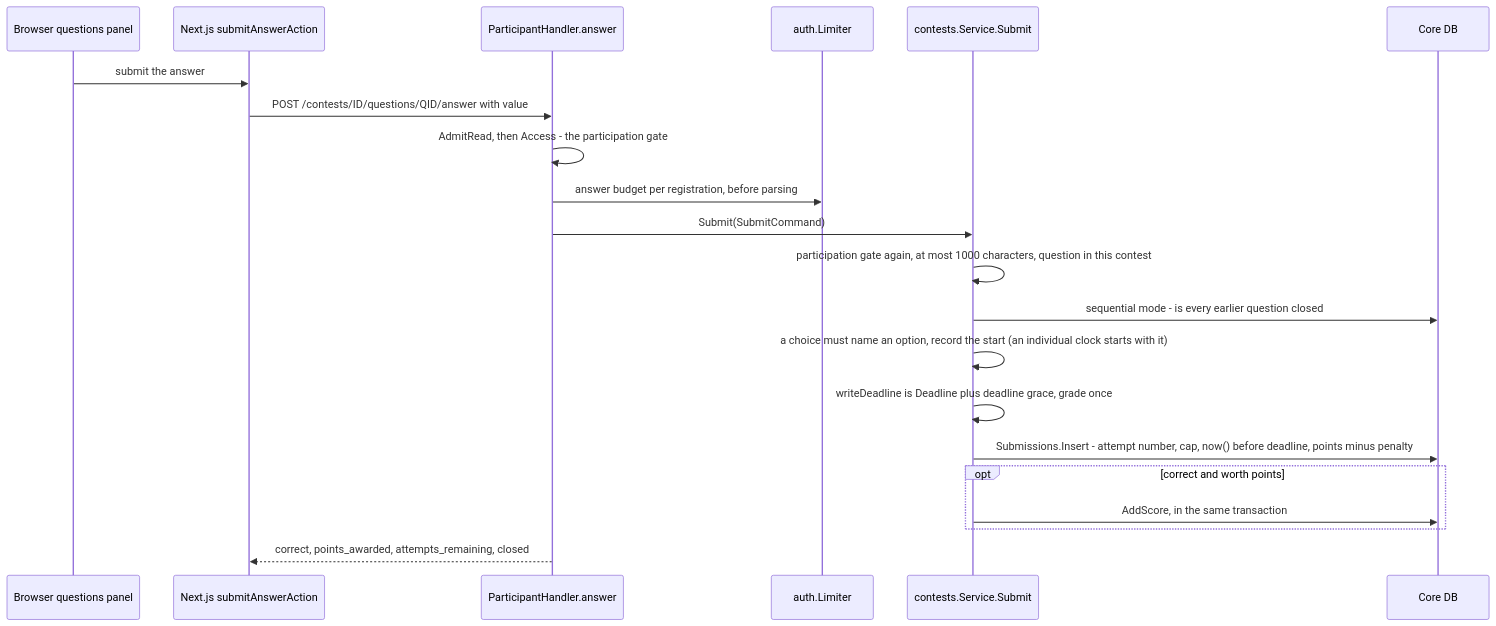
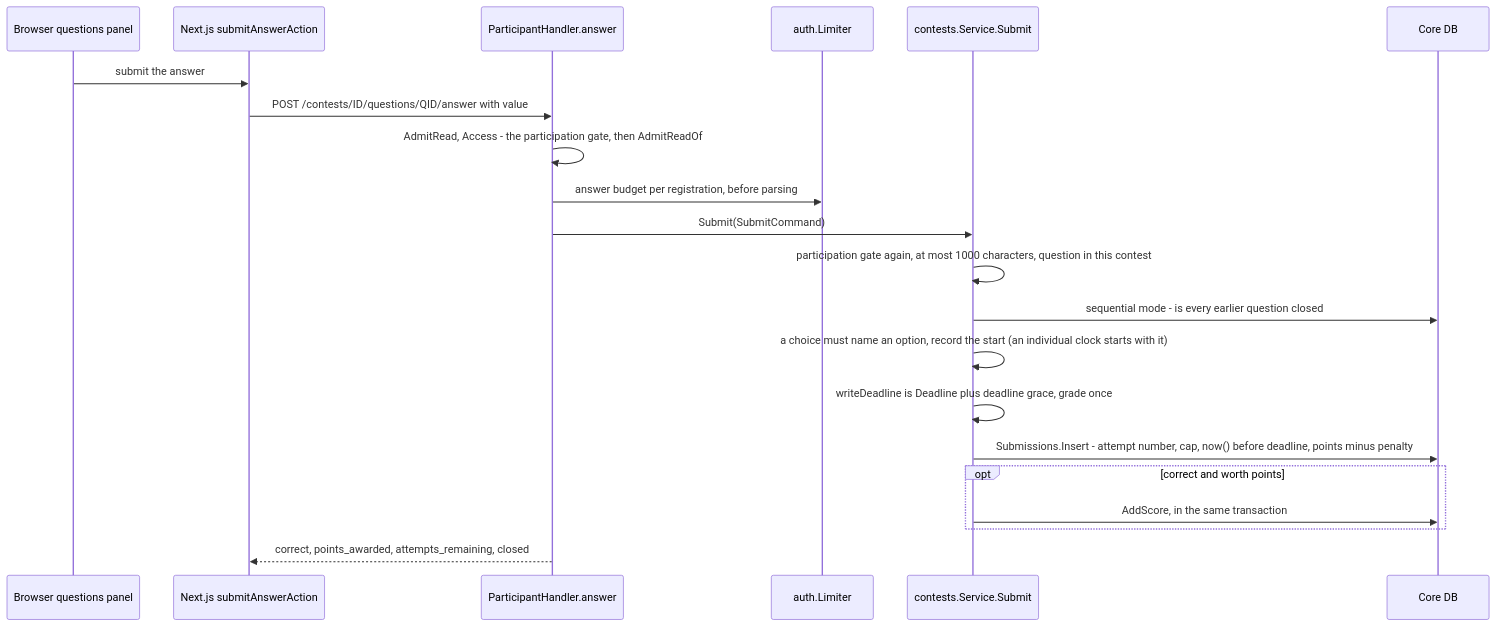
One commit to devrdn/olymp-db-platform changed diagram 11 of 14 in docs/guide/03-flows.md. Above: the diagram before and after it, drawn with Mermaid. The commit also changed other lines of this file and 42 other files, not shown here.

````diff
--- a/docs/guide/03-flows.md
+++ b/docs/guide/03-flows.md
@@ -709,24 +709,24 @@
 ```mermaid
 sequenceDiagram
     participant B as Browser questions panel
     participant W as Next.js submitAnswerAction
     participant H as ParticipantHandler.answer
     participant L as auth.Limiter
     participant S as contests.Service.Submit
     participant DB as Core DB
 
     B->>W: submit the answer
     W->>H: POST /contests/ID/questions/QID/answer with value
-    H->>H: AdmitRead, then Access - the participation gate
+    H->>H: AdmitRead, Access - the participation gate, then AdmitReadOf
     H->>L: answer budget per registration, before parsing
     H->>S: Submit(SubmitCommand)
     S->>S: participation gate again, at most 1000 characters, question in this contest
     S->>DB: sequential mode - is every earlier question closed
     S->>S: a choice must name an option, record the start (an individual clock starts with it)
     S->>S: writeDeadline is Deadline plus deadline grace, grade once
     S->>DB: Submissions.Insert - attempt number, cap, now() before deadline, points minus penalty
     opt correct and worth points
         S->>DB: AddScore, in the same transaction
     end
     H-->>W: correct, points_awarded, attempts_remaining, closed
 ```
````
